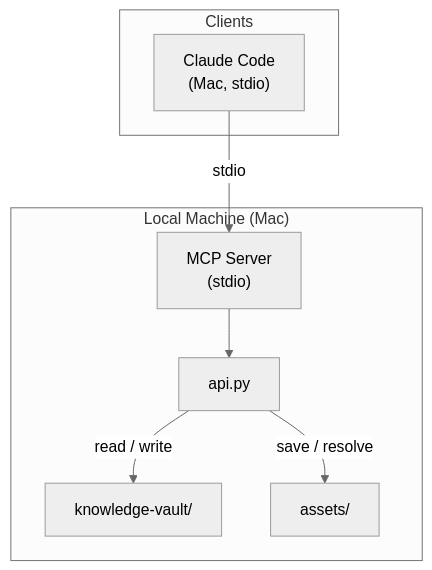
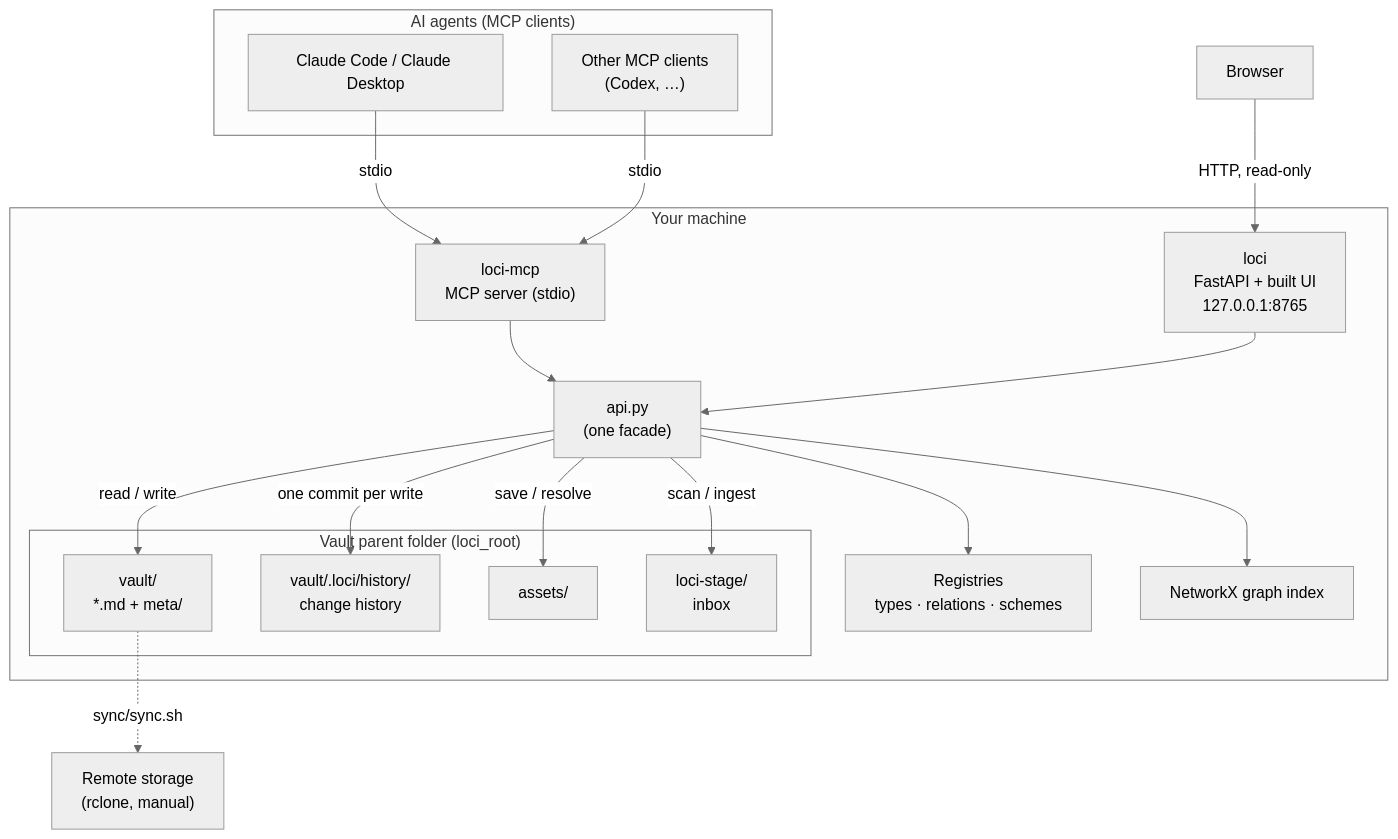
The first of 2 diagrams in docs/diagrams.md (gked/loci), drawn with Mermaid (neutral theme) before and after one commit. The commit also changed other lines of this file and 13 other files, not shown here.

````diff
--- a/docs/diagrams.md
+++ b/docs/diagrams.md
@@ -7,18 +10,39 @@
 ```mermaid
 flowchart TD
-    subgraph Clients
-        CC["Claude Code\n(Mac, stdio)"]
+    subgraph Agents["AI agents (MCP clients)"]
+        CC["Claude Code / Claude Desktop"]
+        OTHER["Other MCP clients\n(Codex, …)"]
     end
 
-    subgraph Local["Local Machine (Mac)"]
-        MCP_L["MCP Server\n(stdio)"]
-        API_L["api.py"]
-        V_L["knowledge-vault/"]
-        A_L["assets/"]
+    Browser["Browser"]
+
+    subgraph Local["Your machine"]
+        MCP["loci-mcp\nMCP server (stdio)"]
+        HTTP["loci\nFastAPI + built UI\n127.0.0.1:8765"]
+        API["api.py\n(one facade)"]
+        REG["Registries\ntypes · relations · schemes"]
+        GRAPH["NetworkX graph index"]
+
+        subgraph Root["Vault parent folder (loci_root)"]
+            V["vault/\n*.md + meta/"]
+            H["vault/.loci/history/\nchange history"]
+            A["assets/"]
+            S["loci-stage/\ninbox"]
+        end
     end
 
-    CC -->|"stdio"| MCP_L
-    MCP_L --> API_L
-    API_L -->|"read / write"| V_L
-    API_L -->|"save / resolve"| A_L
+    Remote["Remote storage\n(rclone, manual)"]
+
+    CC -->|stdio| MCP
+    OTHER -->|stdio| MCP
+    Browser -->|HTTP, read-only| HTTP
+    MCP --> API
+    HTTP --> API
+    API --> REG
+    API --> GRAPH
+    API -->|read / write| V
+    API -->|one commit per write| H
+    API -->|save / resolve| A
+    API -->|scan / ingest| S
+    V -.->|sync/sync.sh| Remote
 ```
````
